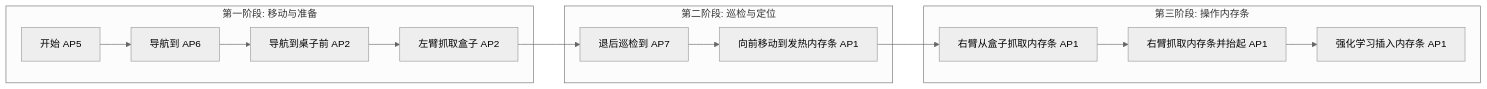
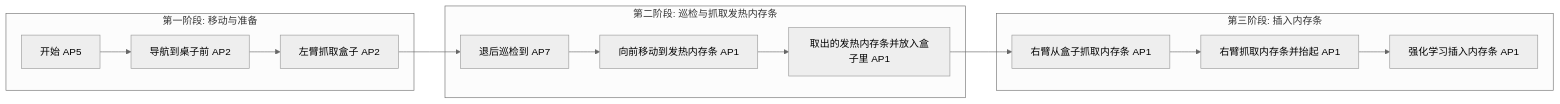
The diagram in zxy.md (YyYy0205/franka_ros2), drawn with Mermaid (neutral theme) before and after one commit. The commit also changed other lines of this file, not shown here.

````diff
--- a/zxy.md
+++ b/zxy.md
@@ -26,19 +26,17 @@
 ```mermaid
 graph LR
     subgraph 第一阶段: 移动与准备
-        A["开始 AP5"] --> B["导航到 AP6"]
-        B --> C["导航到桌子前 AP2"]
-        C --> D["左臂抓取盒子 AP2"]
+        A[开始 AP5] --> B[导航到桌子前 AP2]
+        B --> C[左臂抓取盒子 AP2]
     end
-    
-    subgraph 第二阶段: 巡检与定位
-        D --> E["退后巡检到 AP7"]
-        E --> F["向前移动到发热内存条 AP1"]
+    subgraph 第二阶段: 巡检与抓取发热内存条
+        C --> D[退后巡检到 AP7]
+        D --> E[向前移动到发热内存条 AP1]
+        E --> F[取出的发热内存条并放入盒子里 AP1]
     end
-    
-    subgraph 第三阶段: 操作内存条
-        F --> G["右臂从盒子抓取内存条 AP1"]
-        G --> H["右臂抓取内存条并抬起 AP1"]
-        H --> I["强化学习插入内存条 AP1"]
+    subgraph 第三阶段: 插入内存条
+        F --> G[右臂从盒子抓取内存条 AP1]
+        G --> H[右臂抓取内存条并抬起 AP1]
+        H --> I[强化学习插入内存条 AP1]
     end
 ```
````
